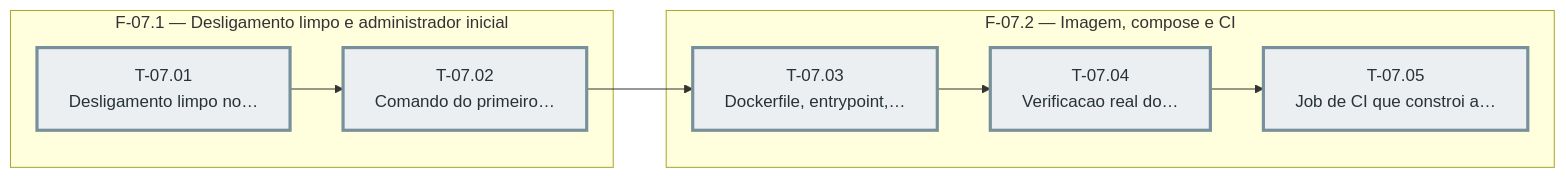
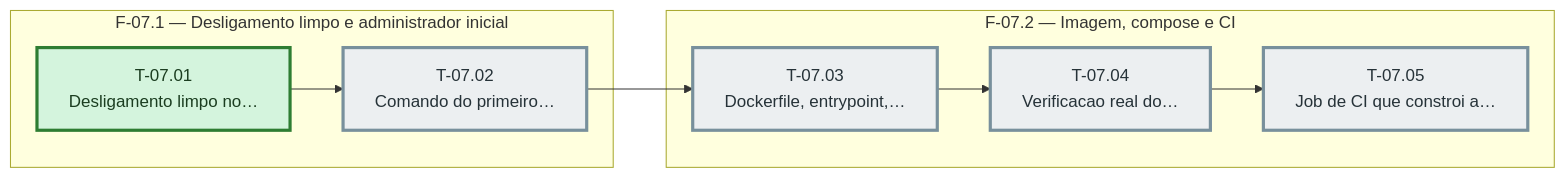
Before and after one commit to bittencourtthulio/converse-chatbot: the diagram in docs/operacao-e-backup/sprint-07/fases.md, drawn with Mermaid. The commit also changed other lines of this file and 7 other files, not shown here.

````diff
--- a/docs/operacao-e-backup/sprint-07/fases.md
+++ b/docs/operacao-e-backup/sprint-07/fases.md
@@ -31,30 +31,30 @@
 ```mermaid
 %% Grafo de tasks — sprint-07 — gerado pela sprintx a partir de tasks.md
 flowchart LR
   subgraph fase_07_1["F-07.1 — Desligamento limpo e administrador inicial"]
     T_07_01["T-07.01<br/>Desligamento limpo no…"]
     T_07_02["T-07.02<br/>Comando do primeiro…"]
   end
   subgraph fase_07_2["F-07.2 — Imagem, compose e CI"]
     T_07_03["T-07.03<br/>Dockerfile, entrypoint,…"]
     T_07_04["T-07.04<br/>Verificacao real do…"]
     T_07_05["T-07.05<br/>Job de CI que constroi a…"]
   end
   T_07_01 --> T_07_02
   T_07_02 --> T_07_03
   T_07_03 --> T_07_04
   T_07_04 --> T_07_05
 
   classDef concluida fill:#d4f4dd,stroke:#2e7d32,color:#1b3d20
   classDef andamento fill:#fff3cd,stroke:#b8860b,color:#4a3800
   classDef bloqueada fill:#f8d7da,stroke:#c62828,color:#4a1d1f
   classDef pendente  fill:#eceff1,stroke:#78909c,color:#263238
   classDef critico   stroke-width:3px
 
-  class T_07_01 pendente
+  class T_07_01 concluida
   class T_07_02 pendente
   class T_07_03 pendente
   class T_07_04 pendente
   class T_07_05 pendente
   class T_07_05,T_07_04,T_07_03,T_07_02,T_07_01 critico
 ```
````
